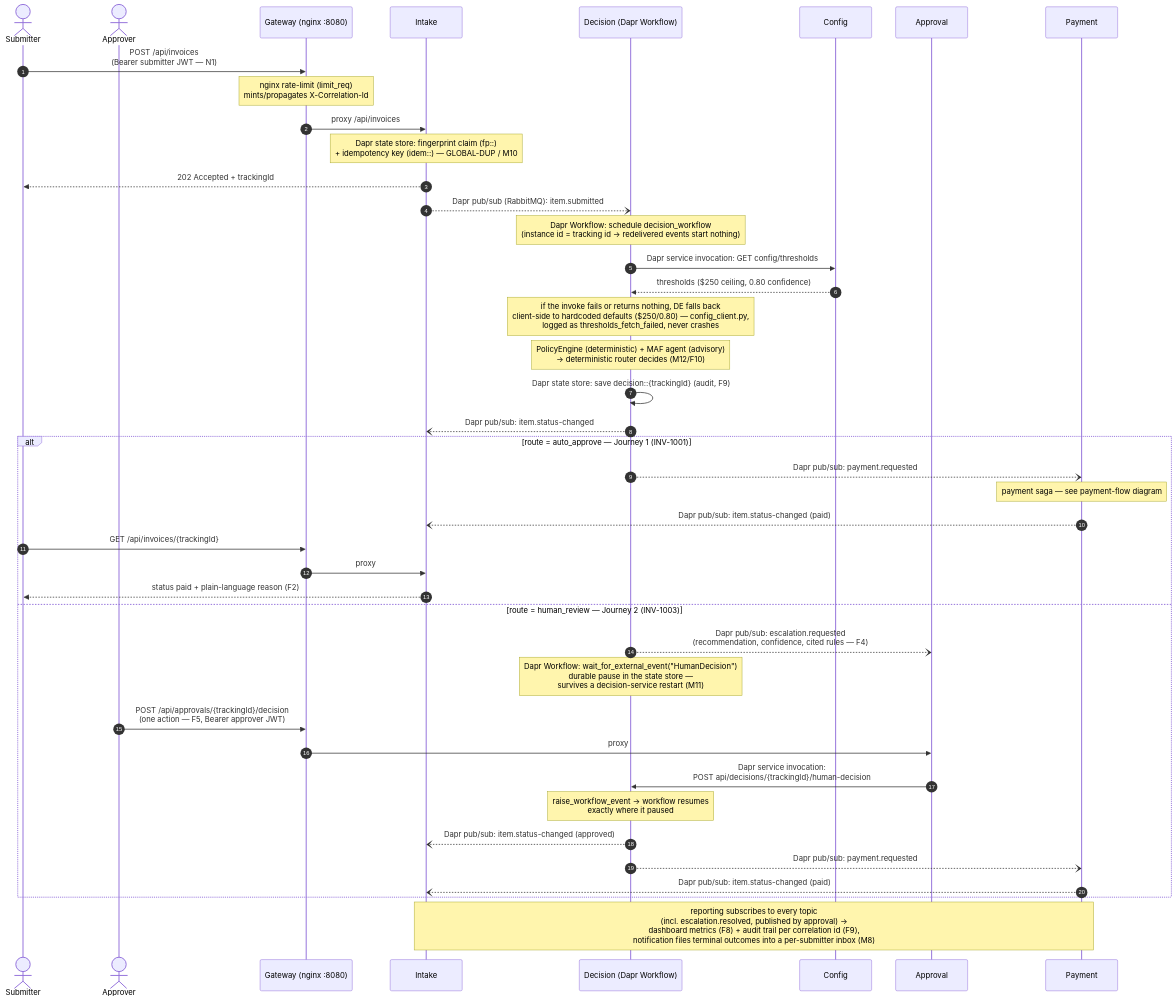
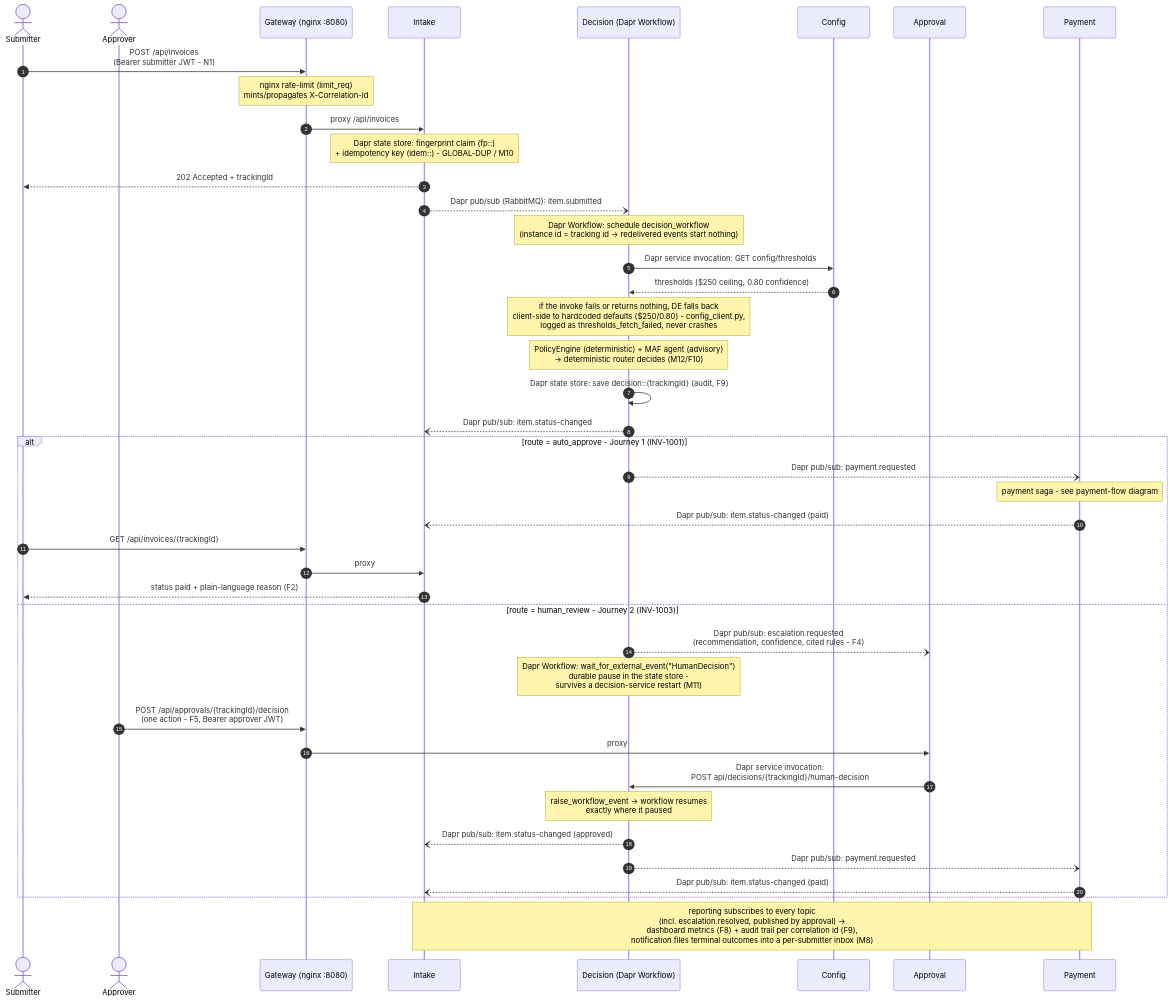
The first of 2 diagrams in README.md (keronell/APPROVALFLOW-InvoiceAndExpenseApprovalPlatform), drawn with Mermaid before and after one commit. The commit also changed other lines of this file and 6 other files, not shown here.

````diff
--- a/README.md
+++ b/README.md
@@ -122,47 +122,47 @@
 ```mermaid
 sequenceDiagram
     autonumber
     actor Submitter
     actor Approver
     participant GW as Gateway (nginx :8080)
     participant IN as Intake
     participant DE as Decision (Dapr Workflow)
     participant CF as Config
     participant AP as Approval
     participant PA as Payment
 
-    Submitter->>GW: POST /api/invoices<br/>(Bearer submitter JWT — N1)
+    Submitter->>GW: POST /api/invoices<br/>(Bearer submitter JWT - N1)
     Note over GW: nginx rate-limit (limit_req)<br/>mints/propagates X-Correlation-Id
     GW->>IN: proxy /api/invoices
-    Note over IN: Dapr state store: fingerprint claim (fp::)<br/>+ idempotency key (idem::) — GLOBAL-DUP / M10
+    Note over IN: Dapr state store: fingerprint claim (fp::)<br/>+ idempotency key (idem::) - GLOBAL-DUP / M10
     IN-->>Submitter: 202 Accepted + trackingId
     IN--)DE: Dapr pub/sub (RabbitMQ): item.submitted
     Note over DE: Dapr Workflow: schedule decision_workflow<br/>(instance id = tracking id → redelivered events start nothing)
     DE->>CF: Dapr service invocation: GET config/thresholds
     CF-->>DE: thresholds ($250 ceiling, 0.80 confidence)
-    Note over DE: if the invoke fails or returns nothing, DE falls back<br/>client-side to hardcoded defaults ($250/0.80) — config_client.py,<br/>logged as thresholds_fetch_failed, never crashes
+    Note over DE: if the invoke fails or returns nothing, DE falls back<br/>client-side to hardcoded defaults ($250/0.80) - config_client.py,<br/>logged as thresholds_fetch_failed, never crashes
     Note over DE: PolicyEngine (deterministic) + MAF agent (advisory)<br/>→ deterministic router decides (M12/F10)
     DE->>DE: Dapr state store: save decision::{trackingId} (audit, F9)
     DE--)IN: Dapr pub/sub: item.status-changed
 
-    alt route = auto_approve — Journey 1 (INV-1001)
+    alt route = auto_approve - Journey 1 (INV-1001)
         DE--)PA: Dapr pub/sub: payment.requested
-        Note over PA: payment saga — see payment-flow diagram
+        Note over PA: payment saga - see payment-flow diagram
         PA--)IN: Dapr pub/sub: item.status-changed (paid)
         Submitter->>GW: GET /api/invoices/{trackingId}
         GW->>IN: proxy
         IN-->>Submitter: status paid + plain-language reason (F2)
-    else route = human_review — Journey 2 (INV-1003)
-        DE--)AP: Dapr pub/sub: escalation.requested<br/>(recommendation, confidence, cited rules — F4)
-        Note over DE: Dapr Workflow: wait_for_external_event("HumanDecision")<br/>durable pause in the state store —<br/>survives a decision-service restart (M11)
-        Approver->>GW: POST /api/approvals/{trackingId}/decision<br/>(one action — F5, Bearer approver JWT)
+    else route = human_review - Journey 2 (INV-1003)
+        DE--)AP: Dapr pub/sub: escalation.requested<br/>(recommendation, confidence, cited rules - F4)
+        Note over DE: Dapr Workflow: wait_for_external_event("HumanDecision")<br/>durable pause in the state store -<br/>survives a decision-service restart (M11)
+        Approver->>GW: POST /api/approvals/{trackingId}/decision<br/>(one action - F5, Bearer approver JWT)
         GW->>AP: proxy
         AP->>DE: Dapr service invocation:<br/>POST api/decisions/{trackingId}/human-decision
         Note over DE: raise_workflow_event → workflow resumes<br/>exactly where it paused
         DE--)IN: Dapr pub/sub: item.status-changed (approved)
         DE--)PA: Dapr pub/sub: payment.requested
         PA--)IN: Dapr pub/sub: item.status-changed (paid)
     end
 
     Note over IN,PA: reporting subscribes to every topic<br/>(incl. escalation.resolved, published by approval) →<br/>dashboard metrics (F8) + audit trail per correlation id (F9),<br/>notification files terminal outcomes into a per-submitter inbox (M8)
 ```
````
